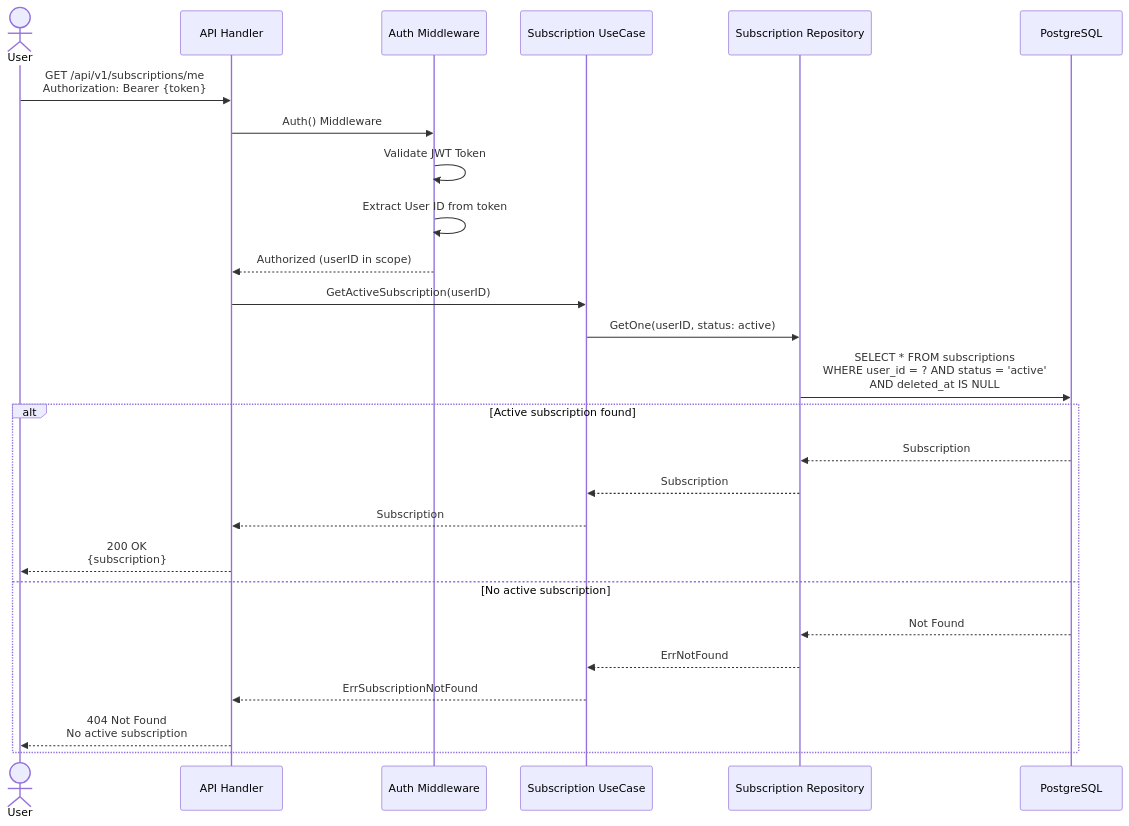
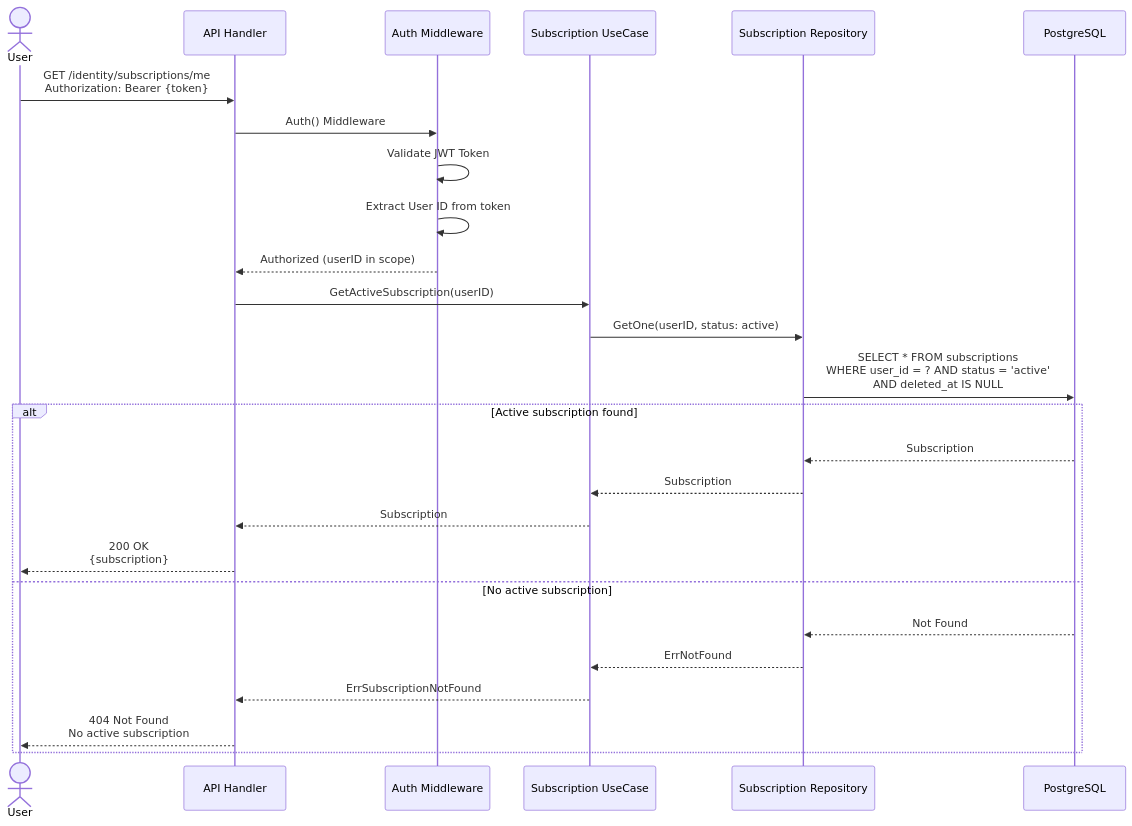
The tenth of 12 diagrams in identity/document/api_01_sequence_diagrams.md (smap-hcmut/identity-srv), drawn with Mermaid before and after one commit. The commit also changed other lines of this file and 37 other files, not shown here.

Commit message:
feat(identity): refactor API endpoints to use /identity base path; update documentation and handlers for authentication, plans, and subscriptions; implement role-based access control with user roles and password management features

````diff
--- a/identity/document/api_01_sequence_diagrams.md
+++ b/identity/document/api_01_sequence_diagrams.md
@@ -539,32 +539,32 @@
 ```mermaid
 sequenceDiagram
     actor User
     participant API as API Handler
     participant MW as Auth Middleware
     participant SubUC as Subscription UseCase
     participant SubRepo as Subscription Repository
     participant DB as PostgreSQL
 
-    User->>API: GET /api/v1/subscriptions/me<br/>Authorization: Bearer {token}
+    User->>API: GET /identity/subscriptions/me<br/>Authorization: Bearer {token}
     API->>MW: Auth() Middleware
     MW->>MW: Validate JWT Token
     MW->>MW: Extract User ID from token
     MW-->>API: Authorized (userID in scope)
     
     API->>SubUC: GetActiveSubscription(userID)
     
     SubUC->>SubRepo: GetOne(userID, status: active)
     SubRepo->>DB: SELECT * FROM subscriptions<br/>WHERE user_id = ? AND status = 'active'<br/>AND deleted_at IS NULL
     
     alt Active subscription found
         DB-->>SubRepo: Subscription
         SubRepo-->>SubUC: Subscription
         SubUC-->>API: Subscription
         API-->>User: 200 OK<br/>{subscription}
     else No active subscription
         DB-->>SubRepo: Not Found
         SubRepo-->>SubUC: ErrNotFound
         SubUC-->>API: ErrSubscriptionNotFound
         API-->>User: 404 Not Found<br/>No active subscription
     end
 ```
````
